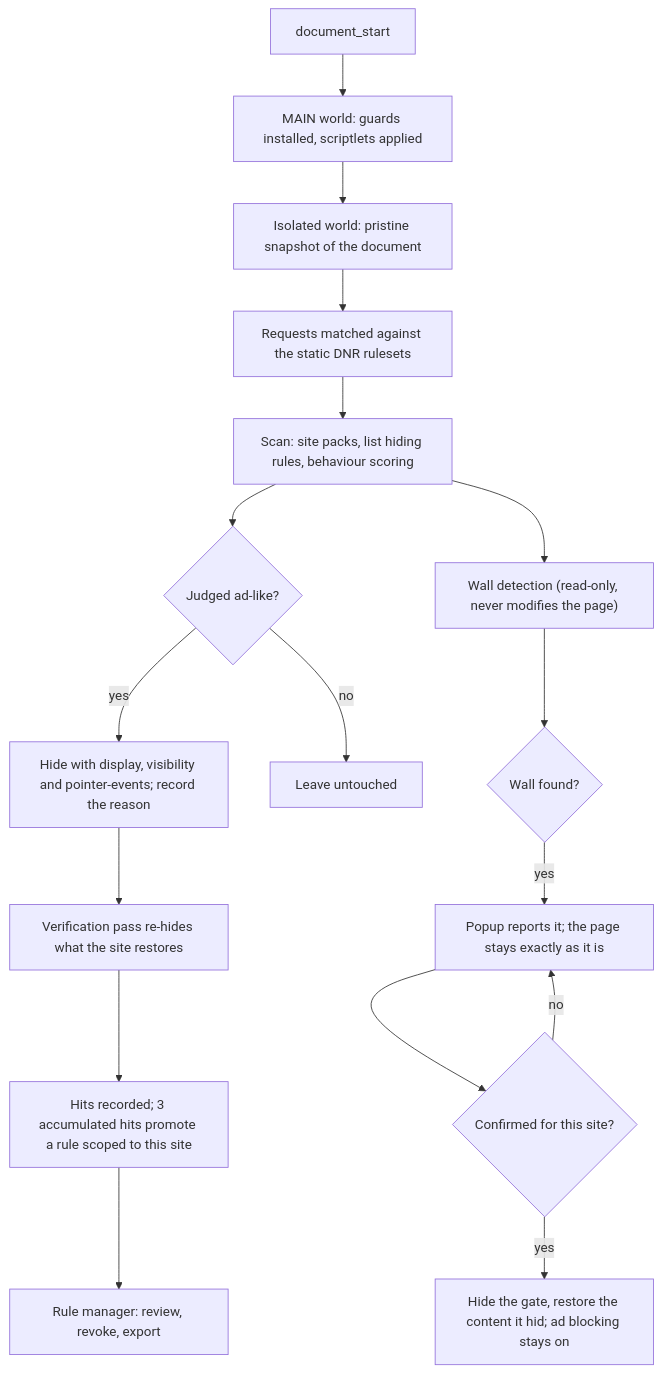
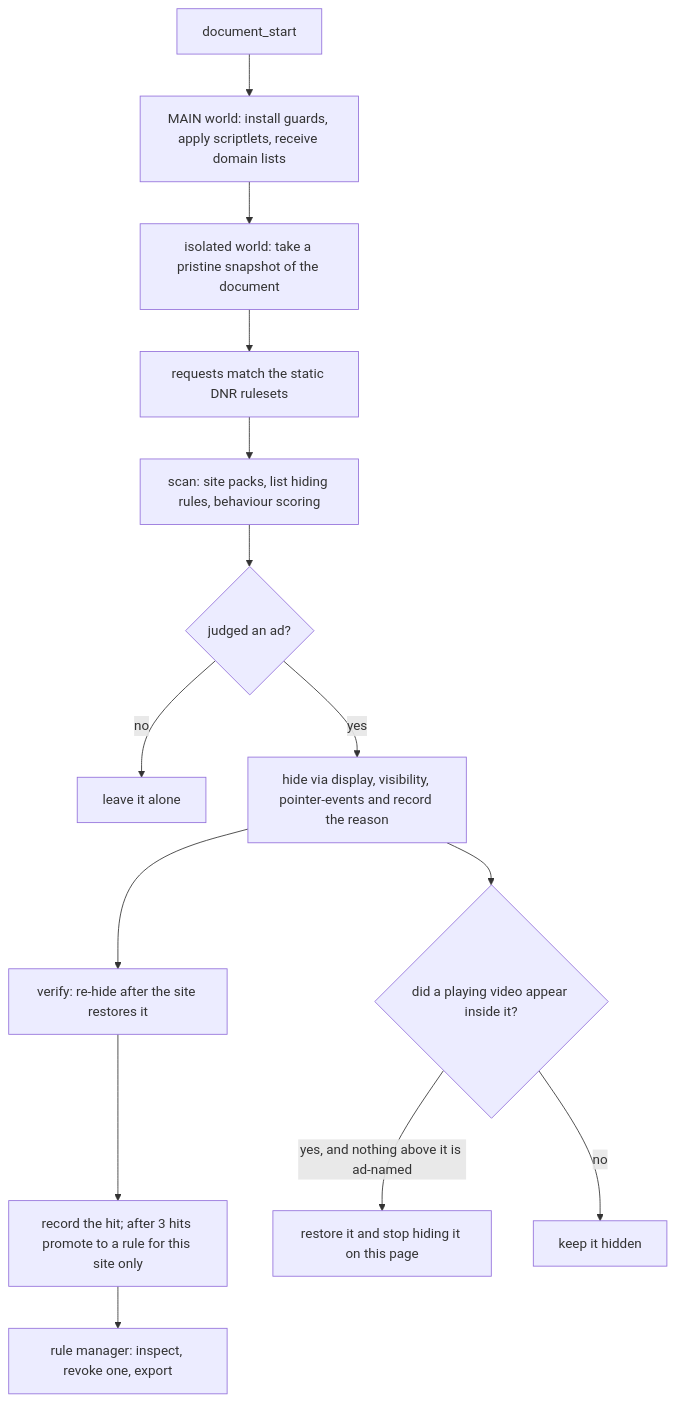
Before and after one commit to jfxia/AdBlow: the diagram in docs/diagrams/flow-en.mmd, drawn with Mermaid. The commit also changed 16 other files, not shown here.

```diff
--- a/docs/diagrams/flow-en.mmd
+++ b/docs/diagrams/flow-en.mmd
@@ -1,17 +1,14 @@
 flowchart TD
-  start["document_start"] --> a["MAIN world: guards installed, scriptlets applied"]
-  a --> b["Isolated world: pristine snapshot of the document"]
-  b --> c["Requests matched against the static DNR rulesets"]
-  c --> d["Scan: site packs, list hiding rules, behaviour scoring"]
-  d --> e{"Judged ad-like?"}
-  e -->|"yes"| f["Hide with display, visibility and pointer-events; record the reason"]
-  e -->|"no"| g["Leave untouched"]
-  f --> h["Verification pass re-hides what the site restores"]
-  h --> i["Hits recorded; 3 accumulated hits promote a rule scoped to this site"]
-  i --> j["Rule manager: review, revoke, export"]
-  d --> k["Wall detection (read-only, never modifies the page)"]
-  k --> l{"Wall found?"}
-  l -->|"yes"| m["Popup reports it; the page stays exactly as it is"]
-  m --> n{"Confirmed for this site?"}
-  n -->|"yes"| o["Hide the gate, restore the content it hid; ad blocking stays on"]
-  n -->|"no"| m
+  start["document_start"] --> a["MAIN world: install guards, apply scriptlets, receive domain lists"]
+  a --> b["isolated world: take a pristine snapshot of the document"]
+  b --> c["requests match the static DNR rulesets"]
+  c --> d["scan: site packs, list hiding rules, behaviour scoring"]
+  d --> e{"judged an ad?"}
+  e -->|"no"| g["leave it alone"]
+  e -->|"yes"| f["hide via display, visibility, pointer-events and record the reason"]
+  f --> h["verify: re-hide after the site restores it"]
+  h --> i["record the hit; after 3 hits promote to a rule for this site only"]
+  i --> j["rule manager: inspect, revoke one, export"]
+  f --> r{"did a playing video appear inside it?"}
+  r -->|"yes, and nothing above it is ad-named"| r2["restore it and stop hiding it on this page"]
+  r -->|"no"| r3["keep it hidden"]
```
